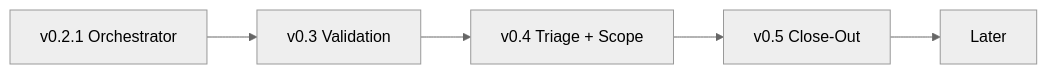
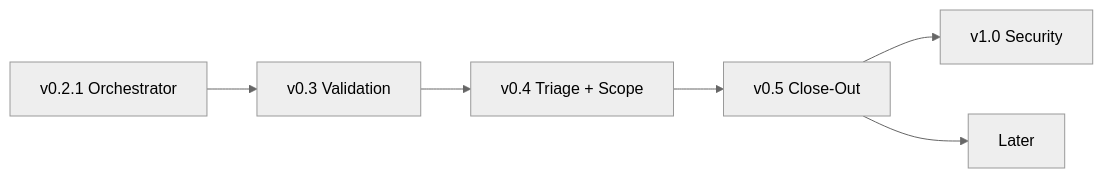
Before and after one commit to coctostan/pi-superteam: the first of 2 diagrams in docs/ROADMAP.md, drawn with Mermaid (neutral theme). The commit also changed other lines of this file and 27 other files, not shown here.

````diff
--- a/docs/ROADMAP.md
+++ b/docs/ROADMAP.md
@@ -11,7 +11,8 @@
 ```mermaid
 flowchart LR
     NOW[v0.2.1 Orchestrator] --> VAL[v0.3 Validation]
     VAL --> TRIAGE[v0.4 Triage + Scope]
     TRIAGE --> CLOSE[v0.5 Close-Out]
+    CLOSE --> SEC[v1.0 Security]
     CLOSE --> FUT[Later]
 ```
````
